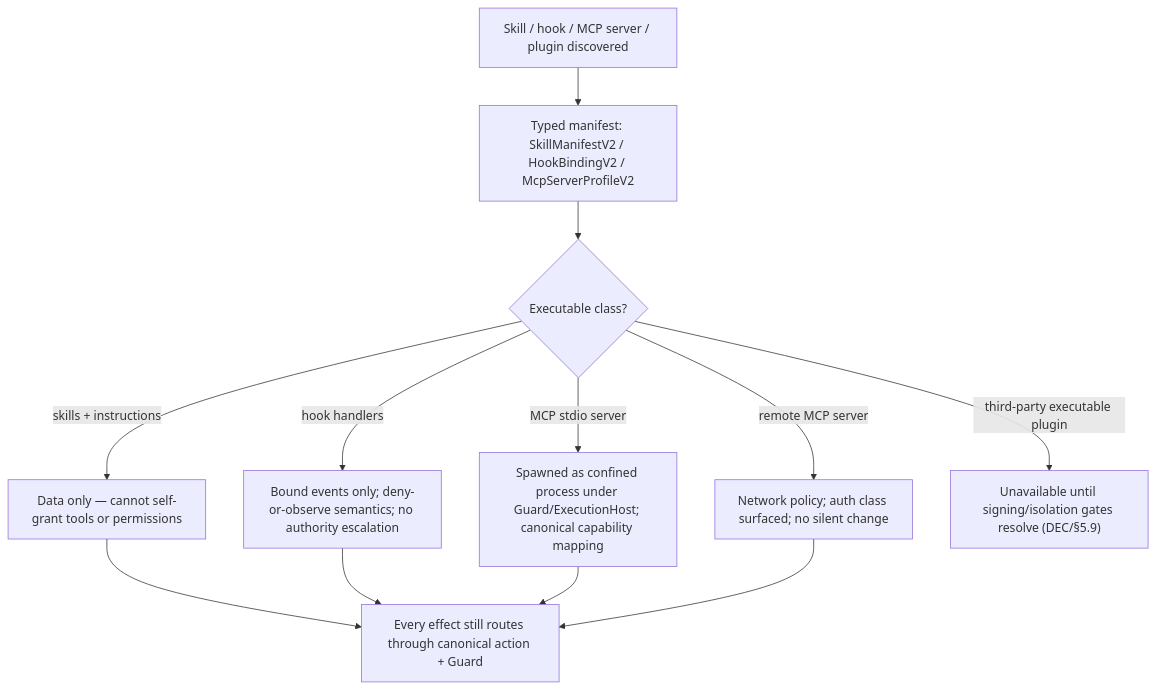
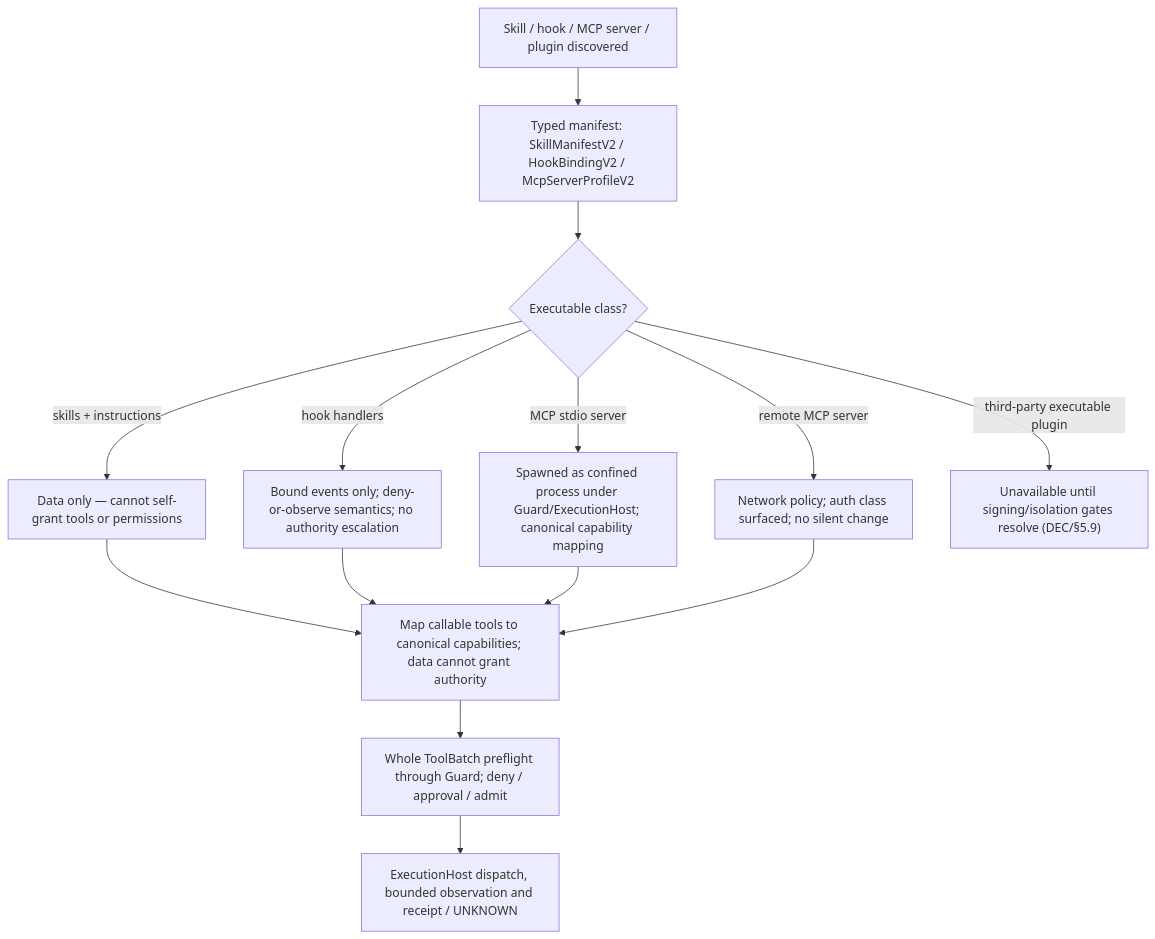
Before and after one commit to sarv-projects/horizoncode: diagram 17 of 27 in arch_V1/45-V1-EVENT-FLOWS-ATLAS.md, drawn with Mermaid. The commit also changed other lines of this file and 447 other files, not shown here.

First line of the commit message:
V1 architecture package, wire tracker, and product README cleanup.

````diff
--- a/arch_V1/45-V1-EVENT-FLOWS-ATLAS.md
+++ b/arch_V1/45-V1-EVENT-FLOWS-ATLAS.md
@@ -520,14 +587,16 @@
 ```mermaid
 flowchart TD
     A["Skill / hook / MCP server / plugin discovered"] --> B["Typed manifest: SkillManifestV2 / HookBindingV2 / McpServerProfileV2"]
     B --> C{"Executable class?"}
     C -->|"skills + instructions"| D["Data only — cannot self-grant tools or permissions"]
     C -->|"hook handlers"| E["Bound events only; deny-or-observe semantics; no authority escalation"]
     C -->|"MCP stdio server"| F["Spawned as confined process under Guard/ExecutionHost; canonical capability mapping"]
     C -->|"remote MCP server"| G["Network policy; auth class surfaced; no silent change"]
     C -->|"third-party executable plugin"| H["Unavailable until signing/isolation gates resolve (DEC/§5.9)"]
-    D --> I["Every effect still routes through canonical action + Guard"]
+    D --> I["Map callable tools to canonical capabilities; data cannot grant authority"]
     E --> I
     F --> I
     G --> I
+    I --> J["Whole ToolBatch preflight through Guard; deny / approval / admit"]
+    J --> K["ExecutionHost dispatch, bounded observation and receipt / UNKNOWN"]
 ```
````
